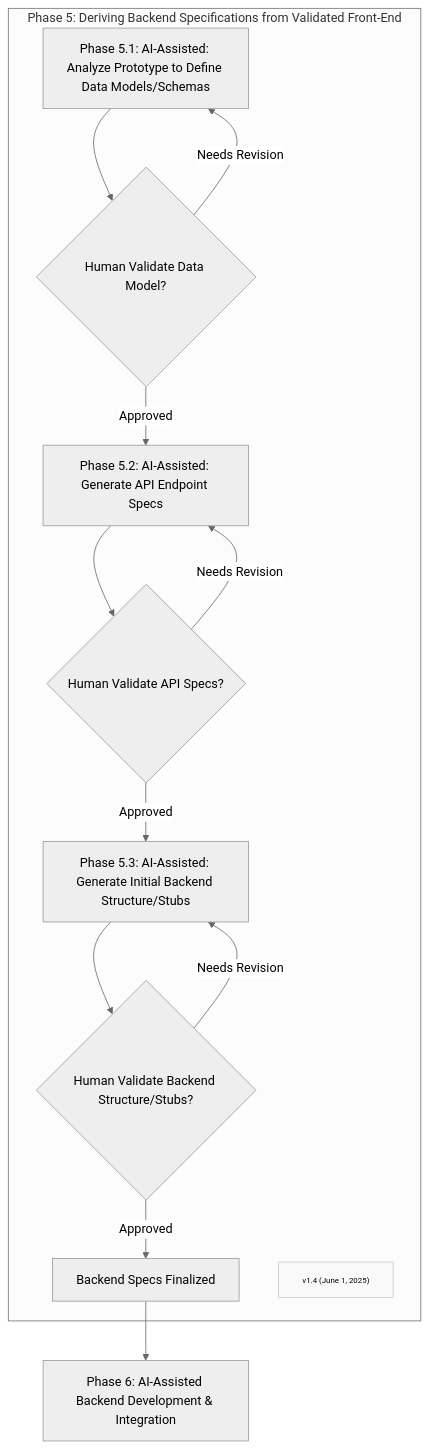
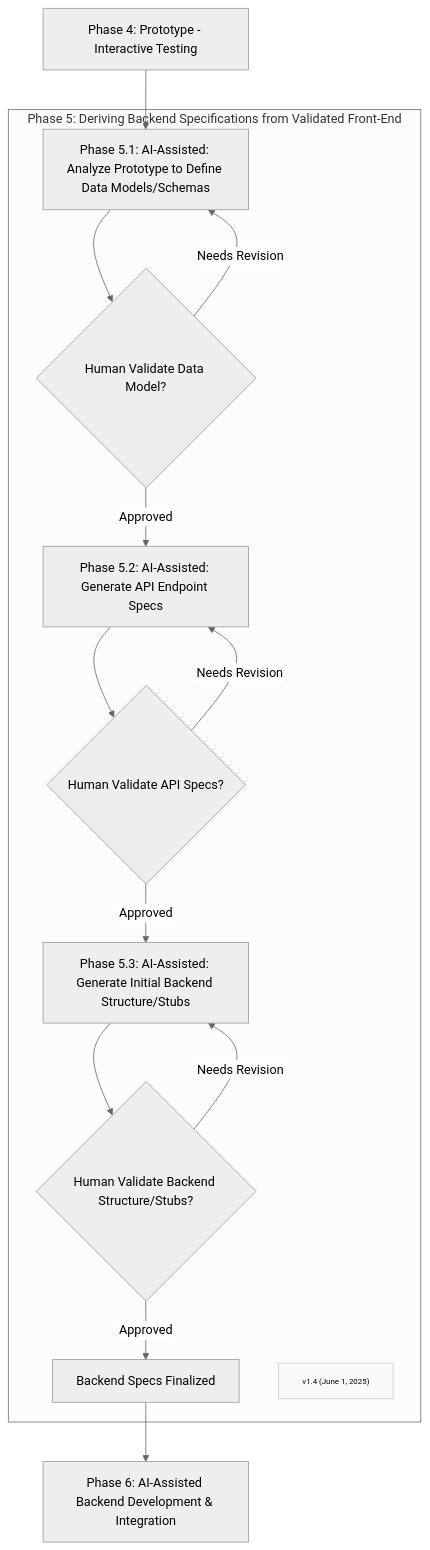
Before and after one commit to Mharbulous/Front-First-Method: the diagram in Method/FF-phase5.md, drawn with Mermaid (neutral theme). The commit also changed 1 other file, not shown here.

Commit message:
Refined Phase 5 diagram entry point

````diff
--- a/Method/FF-phase5.md
+++ b/Method/FF-phase5.md
@@ -3,20 +3,21 @@
 ```mermaid
 graph TD
     subgraph Phase5["Phase 5: Deriving Backend Specifications from Validated Front-End"]
         Phase5_1["Phase 5.1: AI-Assisted: Analyze Prototype to Define Data Models/Schemas"]    
         Phase5_1 --> Phase5_1_Val{"Human Validate Data Model?"}
         Phase5_1_Val -->|Needs Revision| Phase5_1
         Phase5_1_Val -->|Approved| Phase5_2["Phase 5.2: AI-Assisted: Generate API Endpoint Specs"]
         Phase5_2 --> Phase5_2_Val{"Human Validate API Specs?"}
         Phase5_2_Val -->|Needs Revision| Phase5_2
         Phase5_2_Val -->|Approved| Phase5_3["Phase 5.3: AI-Assisted: Generate Initial Backend Structure/Stubs"]
         Phase5_3 --> Phase5_3_Val{"Human Validate Backend Structure/Stubs?"}
         Phase5_3_Val -->|Needs Revision| Phase5_3
         Phase5_3_Val -->|Approved| BackendSpecsFinalized["Backend Specs Finalized"]
         Version["v1.4 (June 1, 2025)"]
         classDef version fill:#f9f9f9,stroke:#ccc,font-size:10px
         class Version version
     end
 
-BackendSpecsFinalized --> Phase6["Phase 6: AI-Assisted Backend Development & Integration"]
+    Phase4["Phase 4: Prototype - Interactive Testing"] --> Phase5_1
+    BackendSpecsFinalized --> Phase6["Phase 6: AI-Assisted Backend Development & Integration"]
 ```
````
